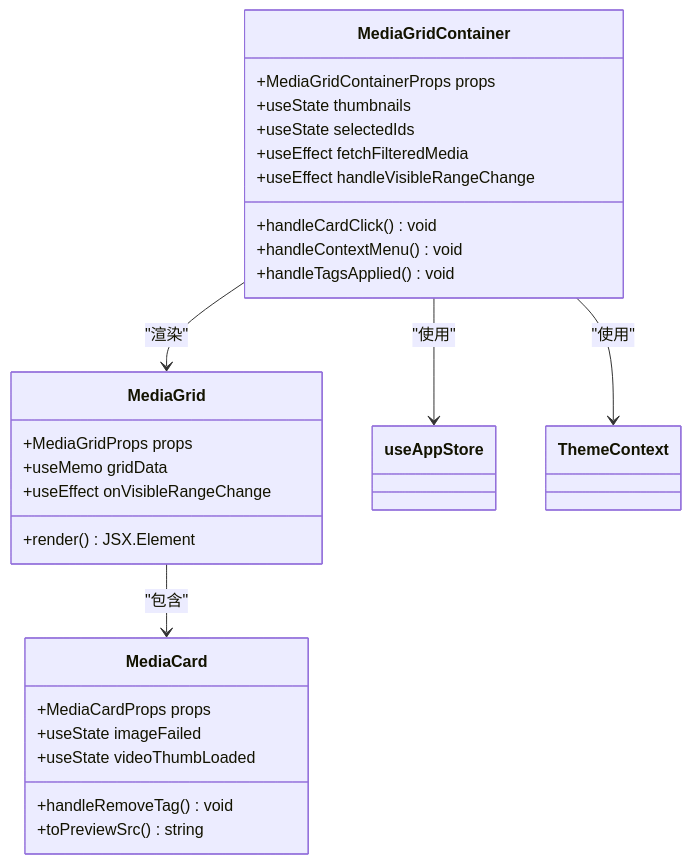
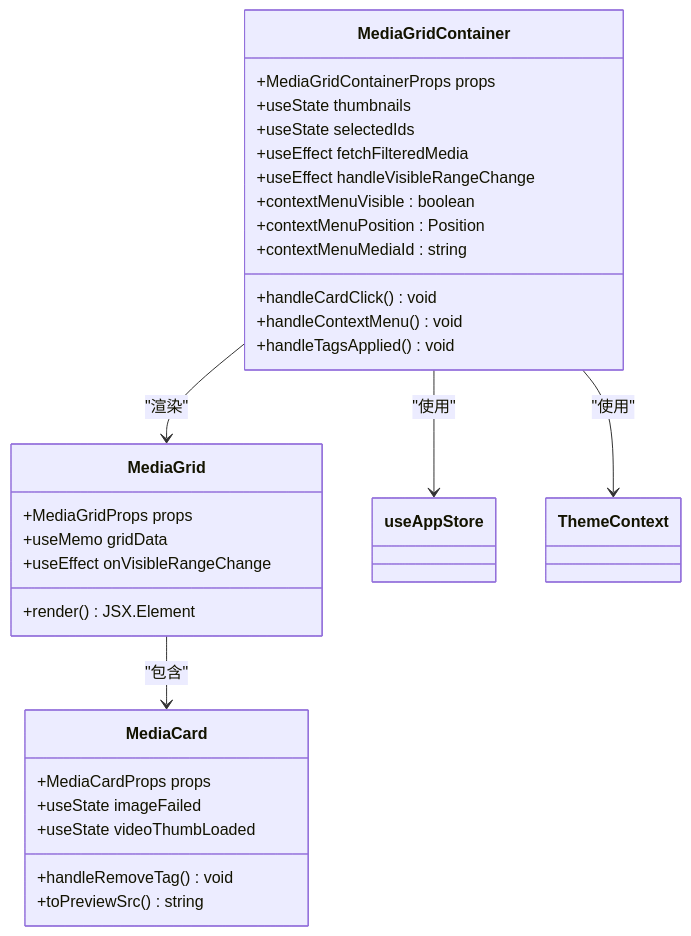
The tenth of 15 diagrams in doc/repowiki/zh/content/前端开发/UI 组件详解/主内容组件 (Main).md (YLee9527/Medex), drawn with Mermaid before and after one commit. The commit also changed other lines of this file and 31 other files, not shown here.

First line of the commit message:
docs(doc): 添加部署脚本、锁屏功能、发布指南及设置按钮图标文档

````diff
--- a/doc/repowiki/zh/content/前端开发/UI 组件详解/主内容组件 (Main).md
+++ b/doc/repowiki/zh/content/前端开发/UI 组件详解/主内容组件 (Main).md
@@ -247,30 +400,33 @@
 ```mermaid
 classDiagram
 class MediaGridContainer {
 +MediaGridContainerProps props
 +useState thumbnails
 +useState selectedIds
 +useEffect fetchFilteredMedia
 +useEffect handleVisibleRangeChange
 +handleCardClick() void
 +handleContextMenu() void
 +handleTagsApplied() void
++contextMenuVisible : boolean
++contextMenuPosition : Position
++contextMenuMediaId : string
 }
 class MediaGrid {
 +MediaGridProps props
 +useMemo gridData
 +useEffect onVisibleRangeChange
 +render() JSX.Element
 }
 class MediaCard {
 +MediaCardProps props
 +useState imageFailed
 +useState videoThumbLoaded
 +handleRemoveTag() void
 +toPreviewSrc() string
 }
 MediaGridContainer --> MediaGrid : "渲染"
 MediaGrid --> MediaCard : "包含"
 MediaGridContainer --> useAppStore : "使用"
 MediaGridContainer --> ThemeContext : "使用"
 ```
````
